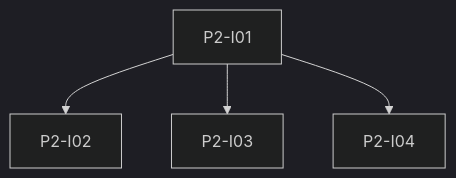
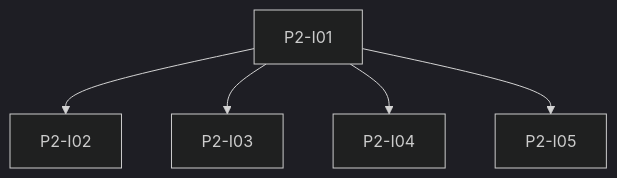
The diagram in docs/roadmap/phase-2/README.md (YannikG/srf-news-german-learning), drawn with Mermaid (dark theme) before and after one commit. The commit also changed other lines of this file and 12 other files, not shown here.

````diff
--- a/docs/roadmap/phase-2/README.md
+++ b/docs/roadmap/phase-2/README.md
@@ -23,10 +25,12 @@
 ```mermaid
 flowchart TB
   I01[P2-I01]
   I02[P2-I02]
   I03[P2-I03]
   I04[P2-I04]
+  I05[P2-I05]
   I01 --> I02
   I01 --> I03
   I01 --> I04
+  I01 --> I05
 ```
````
